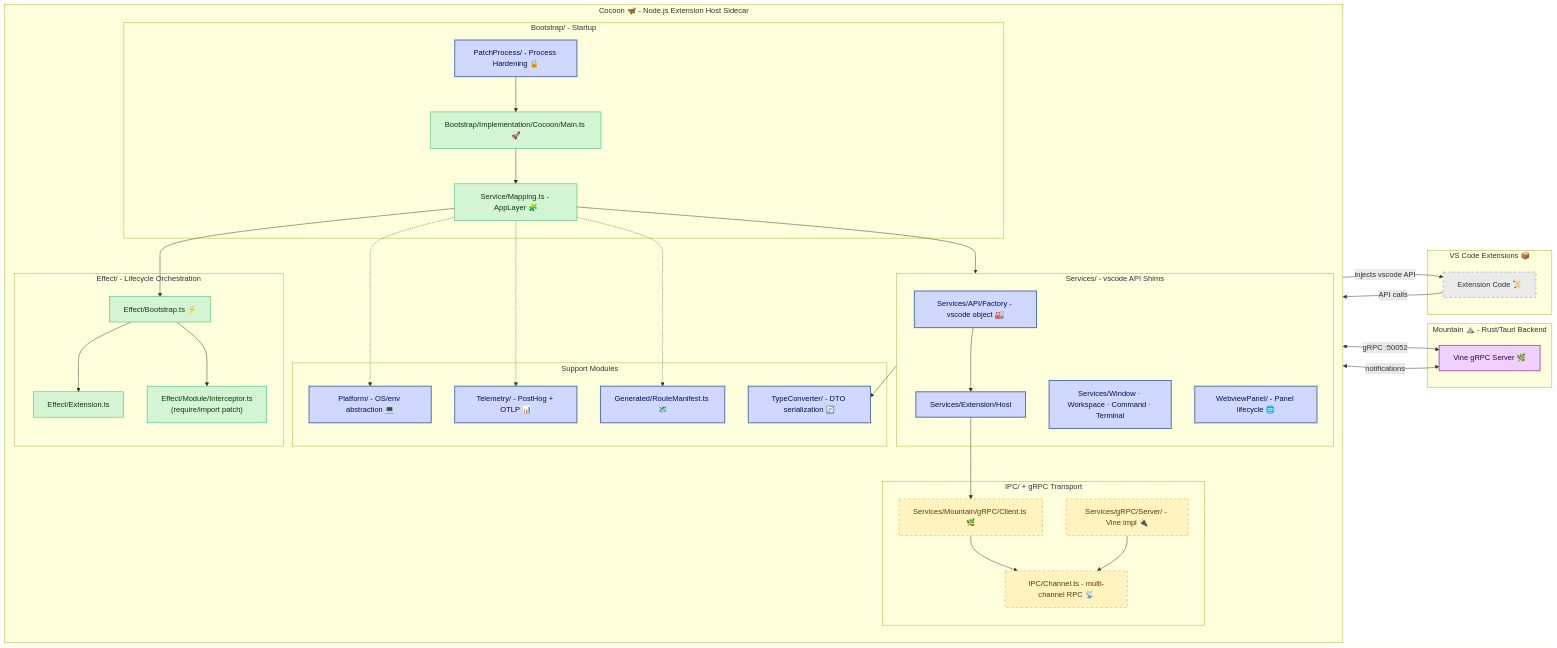
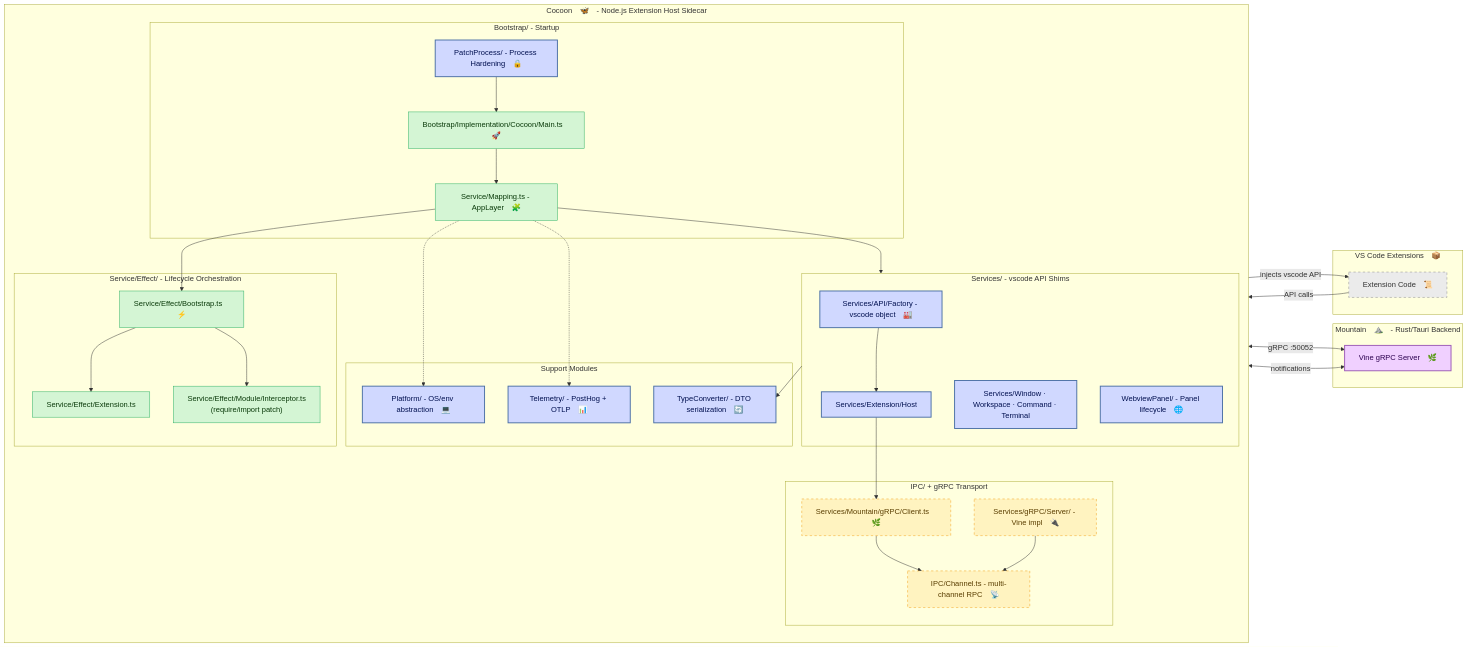
Before and after one commit to CodeEditorLand/Cocoon: the diagram in README.md, drawn with Mermaid. The commit also changed other lines of this file and 6 other files, not shown here.

````diff
--- a/README.md
+++ b/README.md
@@ -152,67 +153,65 @@
 ```mermaid
 graph LR
     classDef mountain fill:#f0d0ff,stroke:#9b59b6,stroke-width:2px,color:#2c0050;
     classDef cocoon   fill:#d0d8ff,stroke:#4a6fa5,stroke-width:2px,color:#001050;
     classDef effectts fill:#d4f5d4,stroke:#27ae60,stroke-width:1px,color:#0a3a0a;
     classDef vscode   fill:#ebebeb,stroke:#888,stroke-width:1px,stroke-dasharray:5 5,color:#333;
     classDef ipc      fill:#fff3c0,stroke:#f39c12,stroke-width:1px,stroke-dasharray:5 5,color:#5a3e00;
 
-    subgraph COCOON["Cocoon 🦋 - Node.js Extension Host Sidecar"]
+    subgraph COCOON["Cocoon 🦋 - Node.js Extension Host Sidecar"]
         direction TB
         subgraph BOOT["Bootstrap/ - Startup"]
-            PatchProcess["PatchProcess/ - Process Hardening 🔒"]:::cocoon
-            MainEntry["Bootstrap/Implementation/Cocoon/Main.ts 🚀"]:::effectts
-            AppLayer["Service/Mapping.ts - AppLayer 🧩"]:::effectts
+            PatchProcess["PatchProcess/ - Process Hardening 🔒"]:::cocoon
+            MainEntry["Bootstrap/Implementation/Cocoon/Main.ts 🚀"]:::effectts
+            AppLayer["Service/Mapping.ts - AppLayer 🧩"]:::effectts
         end
-        subgraph EFFECTS["Effect/ - Lifecycle Orchestration"]
-            BootstrapEff["Effect/Bootstrap.ts ⚡"]:::effectts
-            ExtEff["Effect/Extension.ts"]:::effectts
-            ModInterceptor["Effect/Module/Interceptor.ts\n(require/import patch)"]:::effectts
+        subgraph EFFECTS["Service/Effect/ - Lifecycle Orchestration"]
+            BootstrapEff["Service/Effect/Bootstrap.ts ⚡"]:::effectts
+            ExtEff["Service/Effect/Extension.ts"]:::effectts
+            ModInterceptor["Service/Effect/Module/Interceptor.ts\n(require/import patch)"]:::effectts
         end
         subgraph SERVICES["Services/ - vscode API Shims"]
-            APIFactory["Services/API/Factory - vscode object 🏭"]:::cocoon
+            APIFactory["Services/API/Factory - vscode object 🏭"]:::cocoon
             ExtHostSvc["Services/Extension/Host"]:::cocoon
             WindowSvc["Services/Window · Workspace · Command · Terminal"]:::cocoon
-            WebviewSvc["WebviewPanel/ - Panel lifecycle 🌐"]:::cocoon
+            WebviewSvc["WebviewPanel/ - Panel lifecycle 🌐"]:::cocoon
         end
         subgraph TRANSPORT["IPC/ + gRPC Transport"]
-            IPCChannel["IPC/Channel.ts - multi-channel RPC 📡"]:::ipc
-            GRPCClient["Services/Mountain/gRPC/Client.ts 🌿"]:::ipc
-            GRPCServer["Services/gRPC/Server/ - Vine impl 🔌"]:::ipc
+            IPCChannel["IPC/Channel.ts - multi-channel RPC 📡"]:::ipc
+            GRPCClient["Services/Mountain/gRPC/Client.ts 🌿"]:::ipc
+            GRPCServer["Services/gRPC/Server/ - Vine impl 🔌"]:::ipc
         end
         subgraph SUPPORT["Support Modules"]
-            TypeConverter["TypeConverter/ - DTO serialization 🔄"]:::cocoon
-            Platform["Platform/ - OS/env abstraction 💻"]:::cocoon
-            Telemetry["Telemetry/ - PostHog + OTLP 📊"]:::cocoon
-            Generated["Generated/RouteManifest.ts 🗺️"]:::cocoon
+            TypeConverter["TypeConverter/ - DTO serialization 🔄"]:::cocoon
+            Platform["Platform/ - OS/env abstraction 💻"]:::cocoon
+            Telemetry["Telemetry/ - PostHog + OTLP 📊"]:::cocoon
         end
 
         PatchProcess --> MainEntry
         MainEntry --> AppLayer
         AppLayer --> BootstrapEff
         BootstrapEff --> ExtEff
         BootstrapEff --> ModInterceptor
         AppLayer --> SERVICES
         SERVICES --> TypeConverter
         APIFactory --> ExtHostSvc
         ExtHostSvc --> GRPCClient
         GRPCClient --> IPCChannel
         GRPCServer --> IPCChannel
         AppLayer -.-> Platform
         AppLayer -.-> Telemetry
-        AppLayer -.-> Generated
     end
 
-    subgraph MOUNTAIN["Mountain ⛰️ - Rust/Tauri Backend"]
-        VineGRPC["Vine gRPC Server 🌿"]:::mountain
+    subgraph MOUNTAIN["Mountain ⛰️ - Rust/Tauri Backend"]
+        VineGRPC["Vine gRPC Server 🌿"]:::mountain
     end
 
-    subgraph EXT["VS Code Extensions 📦"]
-        ExtCode["Extension Code 📜"]:::vscode
+    subgraph EXT["VS Code Extensions 📦"]
+        ExtCode["Extension Code 📜"]:::vscode
     end
 
     APIFactory -- injects vscode API --> ExtCode
     ExtCode -- API calls --> SERVICES
     GRPCClient <-- gRPC :50052 --> VineGRPC
     GRPCServer <-- notifications --> VineGRPC
 ```
````
